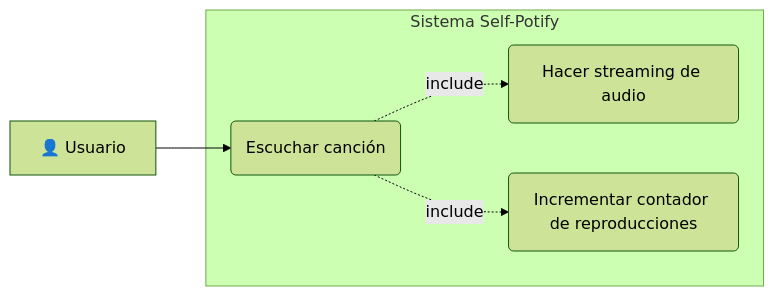
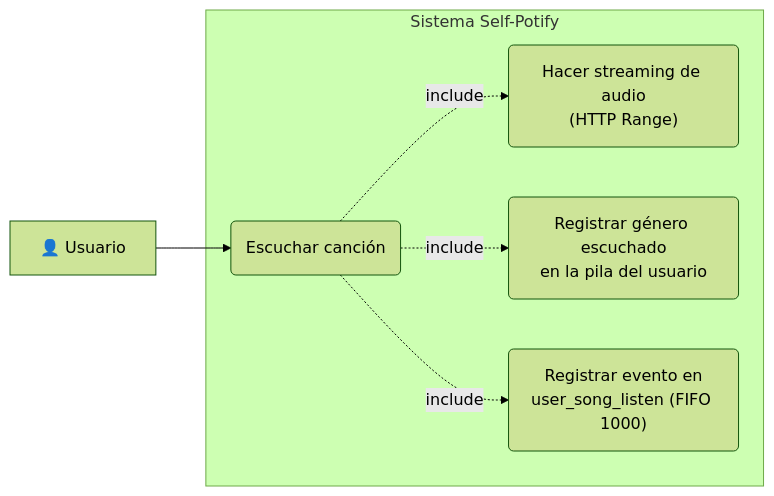
One commit to conguchu/selfpotify changed diagram 13 of 19 in README.md. Above: the diagram before and after it, drawn with Mermaid (forest theme). The commit also changed other lines of this file, not shown here.

Commit message:
(docs) readme: actualiza diagramas de clases y UC5 al estado actual del código

````diff
--- a/README.md
+++ b/README.md
@@ -576,14 +579,16 @@
 ```mermaid
 graph LR
     User["👤 Usuario"]
 
     subgraph Sistema Self-Potify
         UC5("Escuchar canción")
-        UC5a("Hacer streaming de audio")
-        UC5b("Incrementar contador de reproducciones")
+        UC5a("Hacer streaming de audio<br/>(HTTP Range)")
+        UC5b("Registrar género escuchado<br/>en la pila del usuario")
+        UC5c("Registrar evento en<br/>user_song_listen (FIFO 1000)")
     end
 
     User --> UC5
     UC5 -.->|include| UC5a
     UC5 -.->|include| UC5b
+    UC5 -.->|include| UC5c
 ```
````
